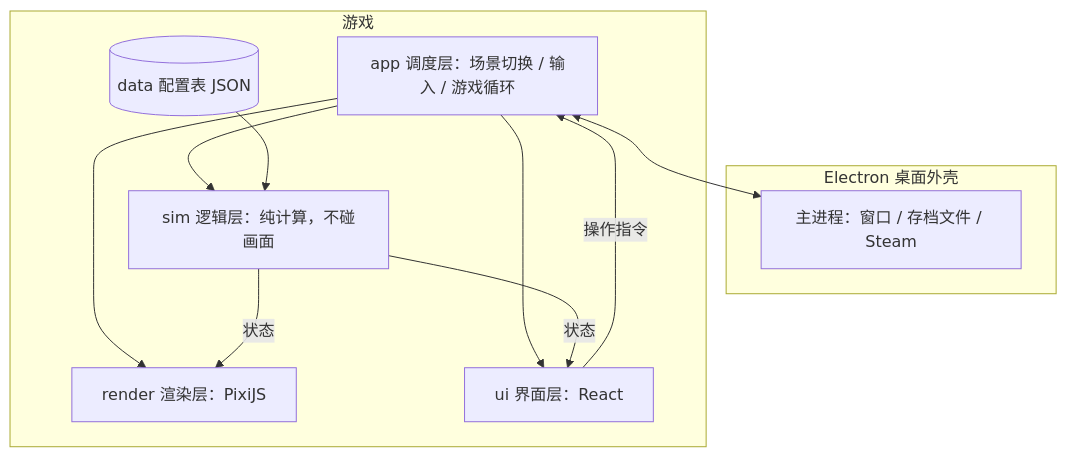
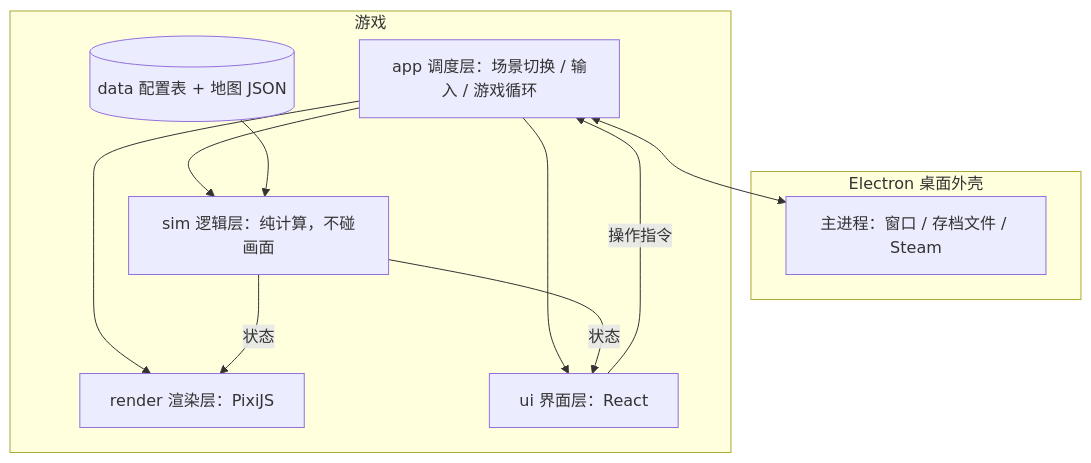
The diagram in docs/production-plan.md (bocmiao/fishing), drawn with Mermaid before and after one commit. The commit also changed other lines of this file and 4 other files, not shown here.

````diff
--- a/docs/production-plan.md
+++ b/docs/production-plan.md
@@ -39,21 +42,21 @@
 ```mermaid
 flowchart TB
     subgraph Electron[Electron 桌面外壳]
         Main[主进程：窗口 / 存档文件 / Steam]
     end
     subgraph Game[游戏]
         App[app 调度层：场景切换 / 输入 / 游戏循环]
         Sim[sim 逻辑层：纯计算，不碰画面]
         Render[render 渲染层：PixiJS]
         UI[ui 界面层：React]
-        Data[(data 配置表 JSON)]
+        Data[(data 配置表 + 地图 JSON)]
     end
     App --> Sim
     App --> Render
     App --> UI
     Data --> Sim
     Sim -- 状态 --> Render
     Sim -- 状态 --> UI
     UI -- 操作指令 --> App
     App <--> Main
 ```
````
